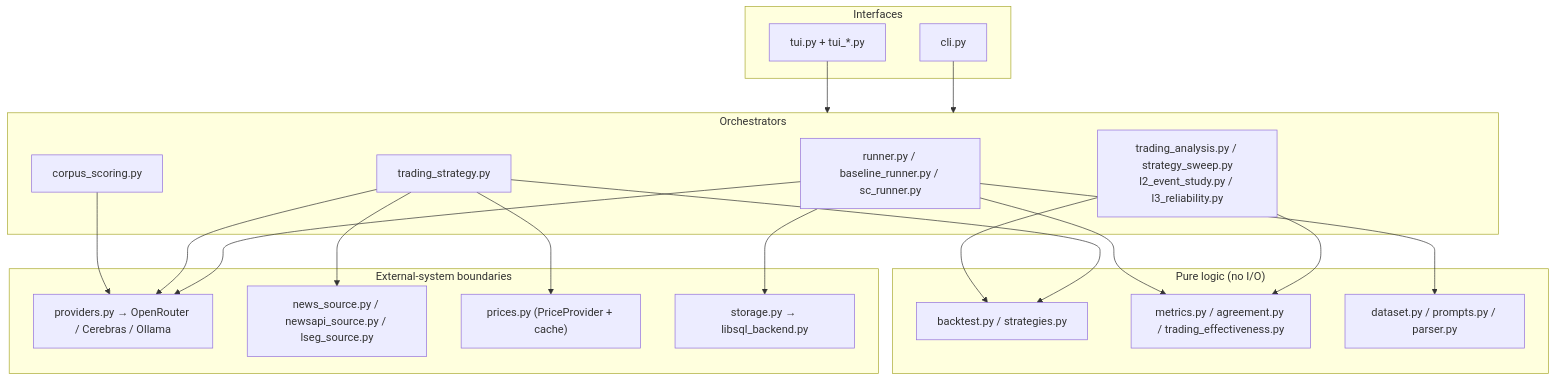
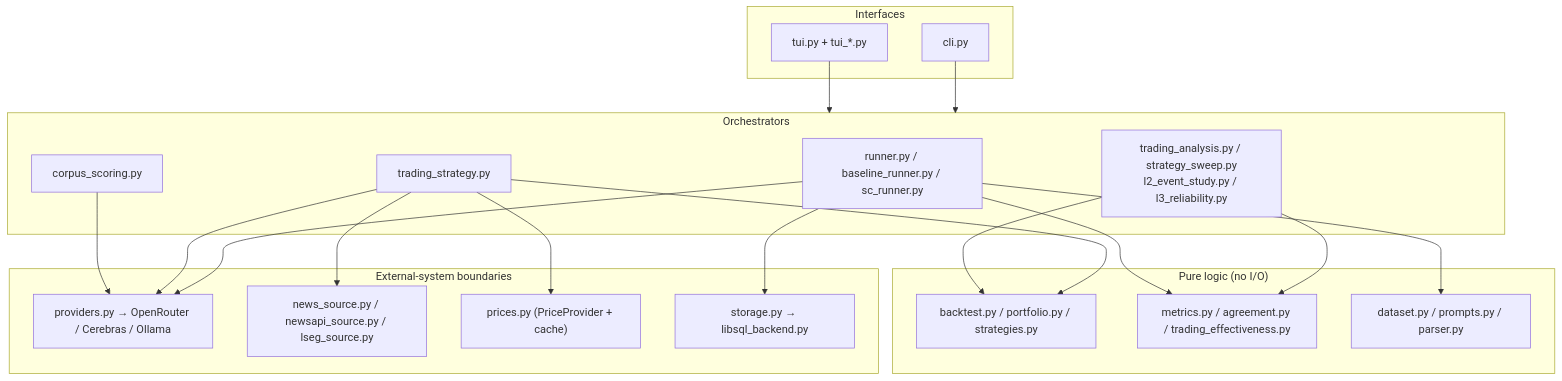
One commit to PeterLP123/Sentiment_Dissertation changed the second of 3 diagrams in docs/architecture.md. Above: the diagram before and after it, drawn with Mermaid. The commit also changed other lines of this file and 13 other files, not shown here.

````diff
--- a/docs/architecture.md
+++ b/docs/architecture.md
@@ -38,37 +38,37 @@
 ```mermaid
 flowchart TB
     subgraph Interfaces
         CLI["cli.py"]
         TUI["tui.py + tui_*.py"]
     end
     subgraph Orchestrators
         RUN["runner.py / baseline_runner.py / sc_runner.py"]
         TRAD["trading_strategy.py"]
         CSM["corpus_scoring.py"]
         ANA["trading_analysis.py / strategy_sweep.py<br/>l2_event_study.py / l3_reliability.py"]
     end
     subgraph Services["External-system boundaries"]
         PROV["providers.py → OpenRouter / Cerebras / Ollama"]
         NEWS["news_source.py / newsapi_source.py / lseg_source.py"]
         PRICE["prices.py (PriceProvider + cache)"]
         STORE["storage.py → libsql_backend.py"]
     end
     subgraph Leaves["Pure logic (no I/O)"]
-        BT["backtest.py / strategies.py"]
+        BT["backtest.py / portfolio.py / strategies.py"]
         MET["metrics.py / agreement.py / trading_effectiveness.py"]
         DATA["dataset.py / prompts.py / parser.py"]
     end
     CLI --> Orchestrators
     TUI --> Orchestrators
     RUN --> PROV
     RUN --> STORE
     TRAD --> NEWS
     TRAD --> PROV
     TRAD --> PRICE
     TRAD --> BT
     CSM --> PROV
     ANA --> BT
     ANA --> MET
     RUN --> DATA
     RUN --> MET
 ```
````
